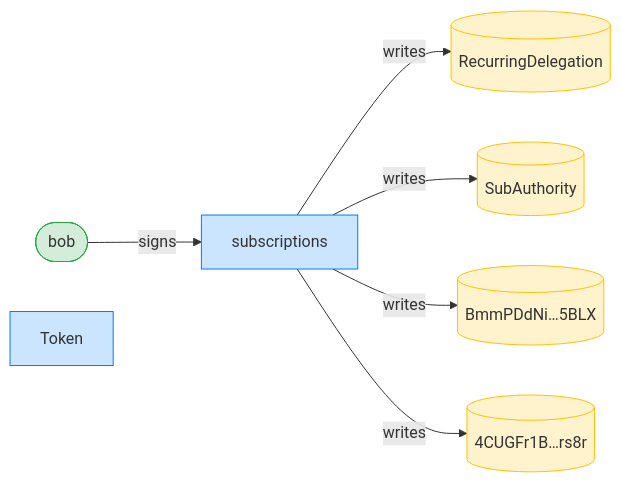
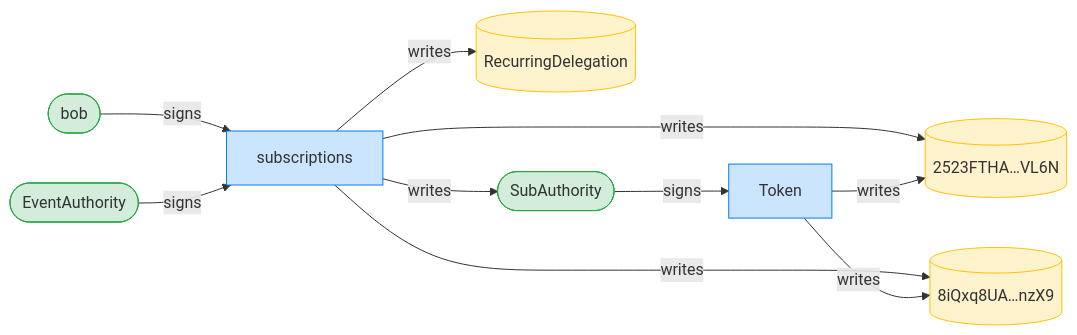
One commit to cds-rs/subscriptions changed diagram 27 of 28 in dsl_tests/recurring-transfer-after-a-token-revoke-is-refused-until-re-approved-for-the-max.md. Above: the diagram before and after it, drawn with Mermaid. The commit also changed other lines of this file and 224 other files, not shown here.

````diff
--- a/dsl_tests/recurring-transfer-after-a-token-revoke-is-refused-until-re-approved-for-the-max.md
+++ b/dsl_tests/recurring-transfer-after-a-token-revoke-is-refused-until-re-approved-for-the-max.md
@@ -544,18 +564,23 @@
 ```mermaid
 flowchart LR
     classDef signer fill:#d4edda,stroke:#28a745;
     classDef program fill:#cce5ff,stroke:#007bff;
     classDef writable fill:#fff3cd,stroke:#ffc107;
     subscriptions[subscriptions]:::program
     RecurringDelegation[(RecurringDelegation)]:::writable
-    SubAuthority[(SubAuthority)]:::writable
-    BmmPDdNi_5BLX[("BmmPDdNi…5BLX")]:::writable
-    4CUGFr1B_rs8r[("4CUGFr1B…rs8r")]:::writable
+    SubAuthority([SubAuthority]):::signer
+    2523FTHA_VL6N[("2523FTHA…VL6N")]:::writable
+    8iQxq8UA_nzX9[("8iQxq8UA…nzX9")]:::writable
     bob([bob]):::signer
     Token[Token]:::program
+    EventAuthority([EventAuthority]):::signer
     bob -->|signs| subscriptions
+    SubAuthority -->|signs| Token
+    EventAuthority -->|signs| subscriptions
     subscriptions -->|writes| RecurringDelegation
     subscriptions -->|writes| SubAuthority
-    subscriptions -->|writes| BmmPDdNi_5BLX
-    subscriptions -->|writes| 4CUGFr1B_rs8r
+    subscriptions -->|writes| 2523FTHA_VL6N
+    subscriptions -->|writes| 8iQxq8UA_nzX9
+    Token -->|writes| 2523FTHA_VL6N
+    Token -->|writes| 8iQxq8UA_nzX9
 ```
````
